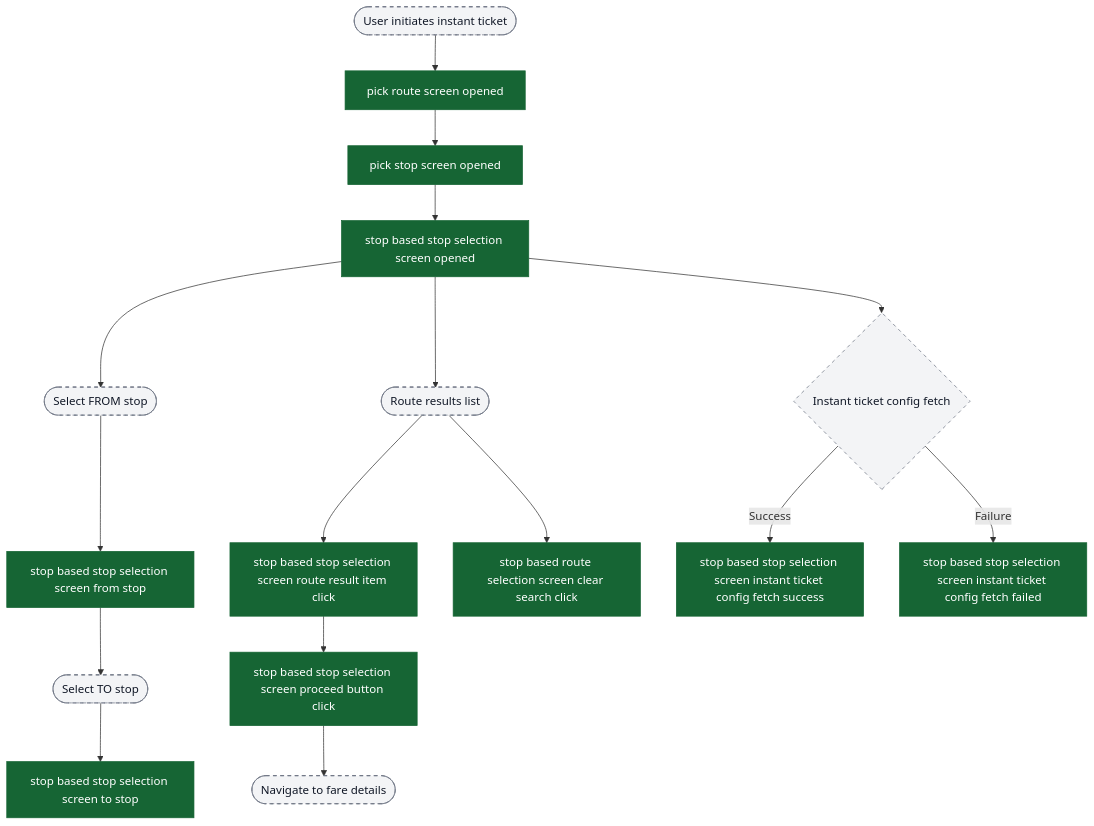
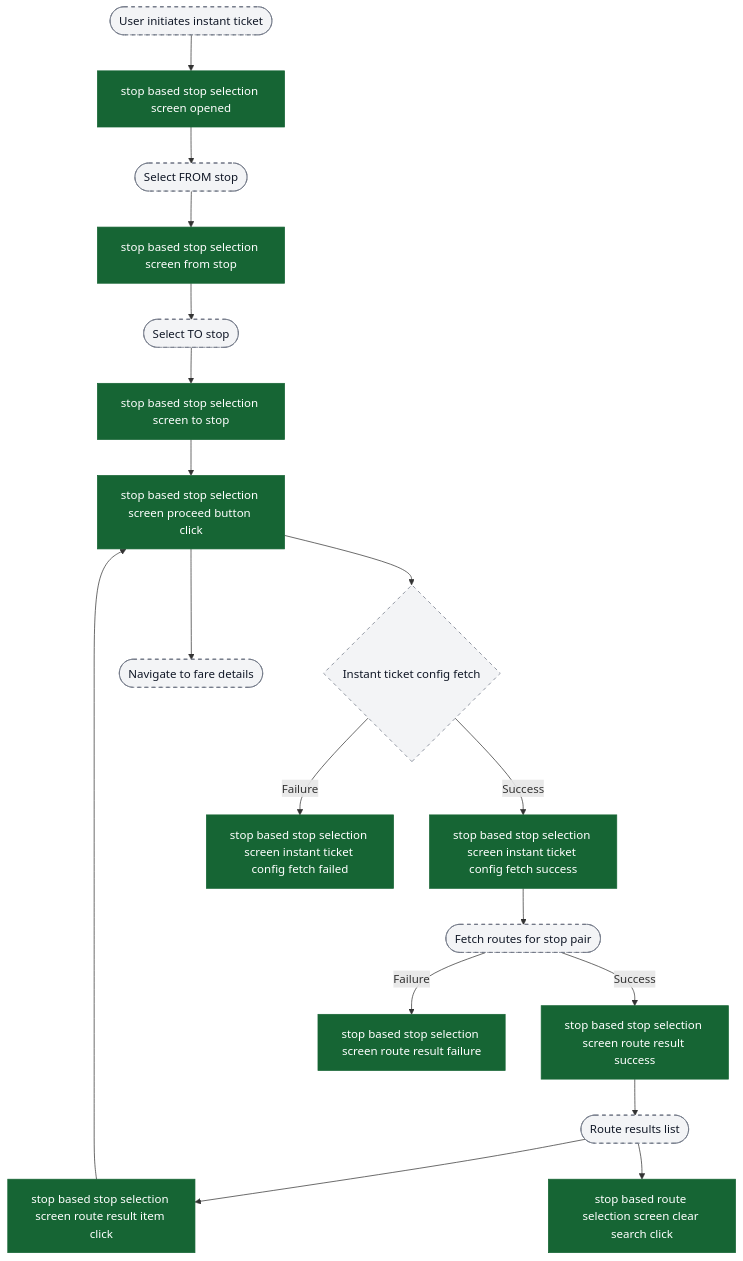
One commit to ratulsarna/chalo-app-dashboard changed the third of 10 diagrams in content/analytics/instant-ticket-purchase/flow-diagrams.md. Above: the diagram before and after it, drawn with Mermaid. The commit also changed other lines of this file and 3 other files, not shown here.

Commit message:
feat(analytics): update event definitions and flow diagrams for home and instant ticket purchase flows

````diff
--- a/content/analytics/instant-ticket-purchase/flow-diagrams.md
+++ b/content/analytics/instant-ticket-purchase/flow-diagrams.md
@@ -64,28 +67,31 @@
 ```mermaid
 flowchart TD
-  ui_entry([User initiates instant ticket]) --> ev_pickRoute["pick route screen opened"]
-  ev_pickRoute --> ev_pickStop["pick stop screen opened"]
-
-  ev_pickStop --> ev_stopBasedOpen["stop based stop selection screen opened"]
+  ui_entry([User initiates instant ticket]) --> ev_stopBasedOpen["stop based stop selection screen opened"]
   ev_stopBasedOpen --> ui_selectFrom([Select FROM stop])
   ui_selectFrom --> ev_fromStop["stop based stop selection screen from stop"]
   ev_fromStop --> ui_selectTo([Select TO stop])
   ui_selectTo --> ev_toStop["stop based stop selection screen to stop"]
 
-  ev_stopBasedOpen --> ui_results([Route results list])
+  ev_toStop --> ev_proceed["stop based stop selection screen proceed button click"]
+
+  ev_proceed --> ui_configFetch{Instant ticket config fetch}
+  ui_configFetch -->|Success| ev_cfgOk["stop based stop selection screen instant ticket config fetch success"]
+  ui_configFetch -->|Failure| ev_cfgFail["stop based stop selection screen instant ticket config fetch failed"]
+
+  ev_cfgOk --> ui_routeFetch([Fetch routes for stop pair])
+  ui_routeFetch -->|Success| ev_routeResultOk["stop based stop selection screen route result success"]
+  ui_routeFetch -->|Failure| ev_routeResultFail["stop based stop selection screen route result failure"]
+
+  ev_routeResultOk --> ui_results([Route results list])
   ui_results --> ev_resultClick["stop based stop selection screen route result item click"]
   ui_results --> ev_clear["stop based route selection screen clear search click"]
 
-  ev_stopBasedOpen --> ui_configFetch{Instant ticket config fetch}
-  ui_configFetch -->|Success| ev_cfgOk["stop based stop selection screen instant ticket config fetch success"]
-  ui_configFetch -->|Failure| ev_cfgFail["stop based stop selection screen instant ticket config fetch failed"]
-
-  ev_resultClick --> ev_proceed["stop based stop selection screen proceed button click"]
+  ev_resultClick --> ev_proceed
   ev_proceed --> ui_fareDetails([Navigate to fare details])
 
   classDef event fill:#166534,stroke:#166534,color:#ffffff;
   classDef ui fill:#f3f4f6,stroke:#6b7280,stroke-dasharray: 5 5,color:#111827;
 
-  class ev_pickRoute,ev_pickStop,ev_stopBasedOpen,ev_fromStop,ev_toStop,ev_resultClick,ev_clear,ev_cfgOk,ev_cfgFail,ev_proceed event;
-  class ui_entry,ui_selectFrom,ui_selectTo,ui_results,ui_configFetch,ui_fareDetails ui;
+  class ev_stopBasedOpen,ev_fromStop,ev_toStop,ev_proceed,ev_cfgOk,ev_cfgFail,ev_routeResultOk,ev_routeResultFail,ev_resultClick,ev_clear event;
+  class ui_entry,ui_selectFrom,ui_selectTo,ui_configFetch,ui_routeFetch,ui_results,ui_fareDetails ui;
 ```
````
